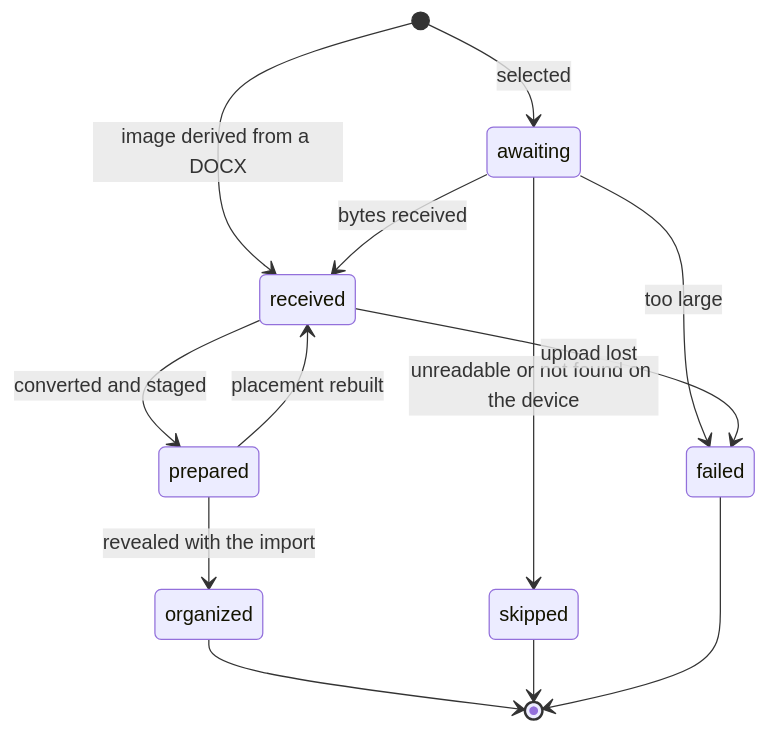
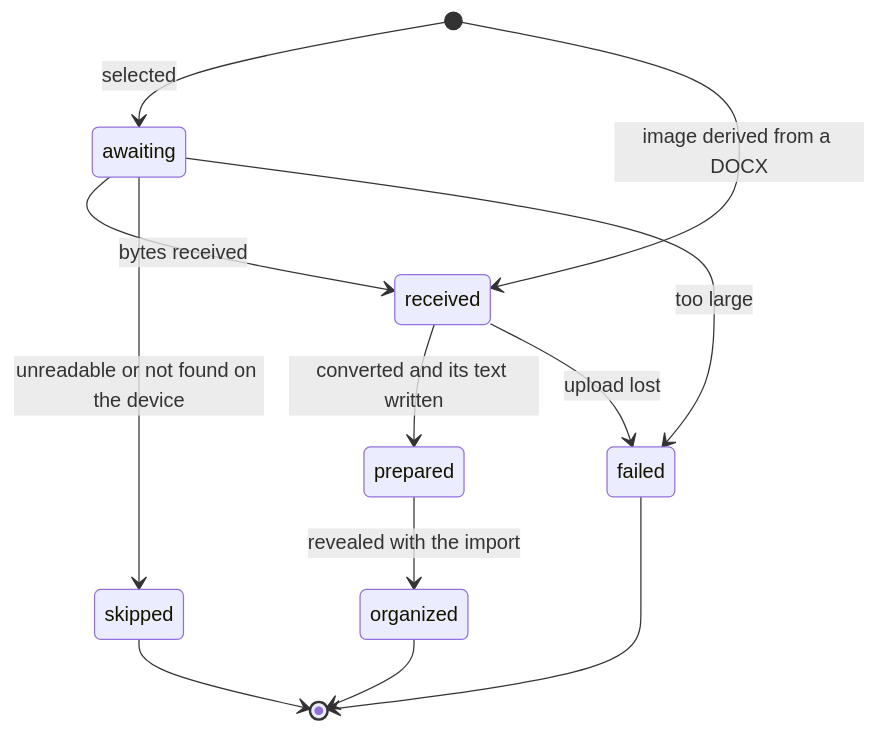
The second of 2 diagrams in apps/server/server/domains/import/.context/state-machines.md (haowjy/meridian-flow), drawn with Mermaid before and after one commit. The commit also changed other lines of this file and 230 other files, not shown here.

````diff
--- a/apps/server/server/domains/import/.context/state-machines.md
+++ b/apps/server/server/domains/import/.context/state-machines.md
@@ -46,15 +45,14 @@
 ```mermaid
 stateDiagram-v2
   [*] --> awaiting: selected
   [*] --> received: image derived from a DOCX
   awaiting --> received: bytes received
   awaiting --> skipped: unreadable or not found on the device
   awaiting --> failed: too large
-  received --> prepared: converted and staged
+  received --> prepared: converted and its text written
   received --> failed: upload lost
   prepared --> organized: revealed with the import
-  prepared --> received: placement rebuilt
   organized --> [*]
   skipped --> [*]
   failed --> [*]
 ```
````
